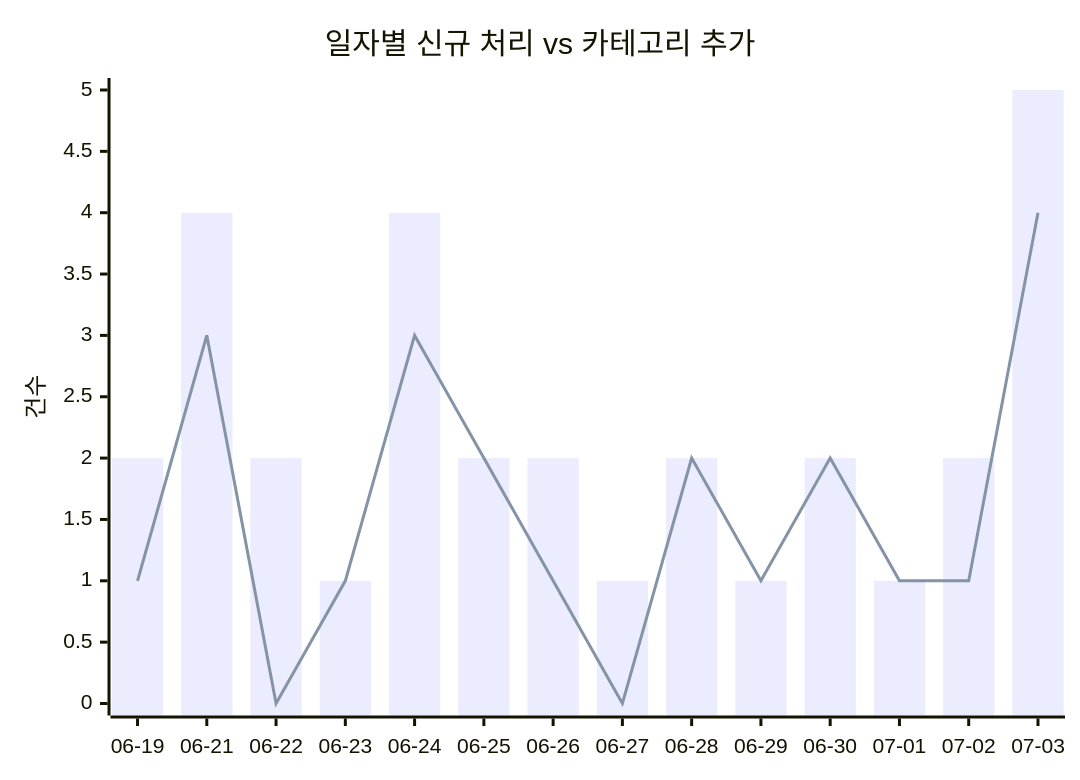
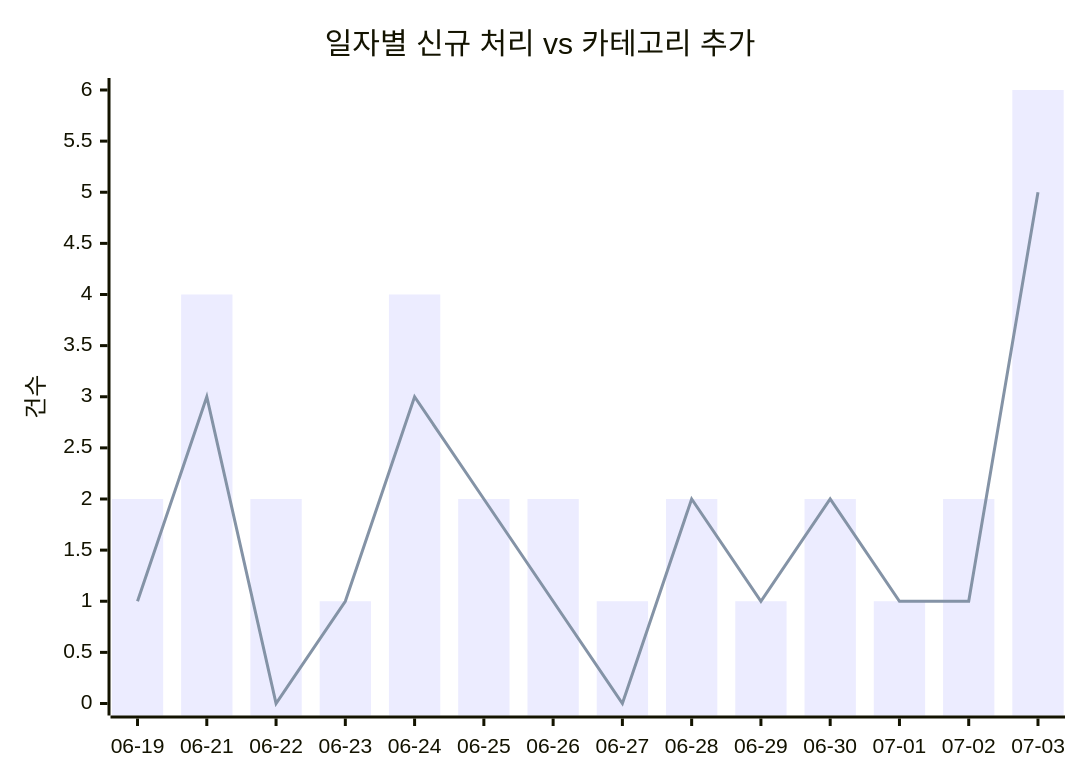
The first of 2 diagrams in docs/trends.md (J-nowcow/awesome-korean-agent-skills), drawn with Mermaid before and after one commit. The commit also changed other lines of this file and 4 other files, not shown here.

````diff
--- a/docs/trends.md
+++ b/docs/trends.md
@@ -32,8 +32,8 @@
 ```mermaid
 xychart-beta
     title "일자별 신규 처리 vs 카테고리 추가"
     x-axis ["06-19","06-21","06-22","06-23","06-24","06-25","06-26","06-27","06-28","06-29","06-30","07-01","07-02","07-03"]
     y-axis "건수"
-    bar [2,4,2,1,4,2,2,1,2,1,2,1,2,5]
-    line [1,3,0,1,3,2,1,0,2,1,2,1,1,4]
+    bar [2,4,2,1,4,2,2,1,2,1,2,1,2,6]
+    line [1,3,0,1,3,2,1,0,2,1,2,1,1,5]
 ```
````
